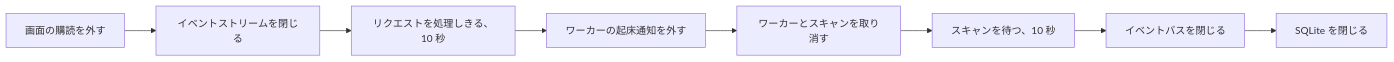
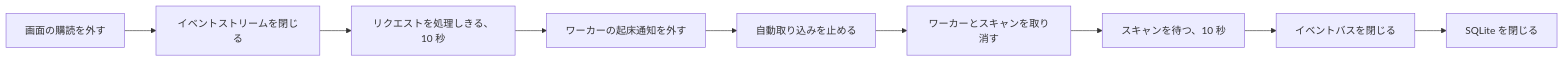
The third of 3 diagrams in translations/ja/docs/design-docs/process-lifecycle.md (syudead/vv), drawn with Mermaid before and after one commit. The commit also changed other lines of this file and 4 other files, not shown here.

````diff
--- a/translations/ja/docs/design-docs/process-lifecycle.md
+++ b/translations/ja/docs/design-docs/process-lifecycle.md
@@ -70,10 +74,11 @@
 ```mermaid
 flowchart LR
   screen[画面の購読を外す] --> streams[イベントストリームを閉じる]
   streams --> drain[リクエストを処理しきる、10 秒]
   drain --> wake[ワーカーの起床通知を外す]
-  wake --> cancel[ワーカーとスキャンを取り消す]
+  wake --> auto[自動取り込みを止める]
+  auto --> cancel[ワーカーとスキャンを取り消す]
   cancel --> scan[スキャンを待つ、10 秒]
   scan --> bus[イベントバスを閉じる]
   bus --> db[SQLite を閉じる]
 ```
````
